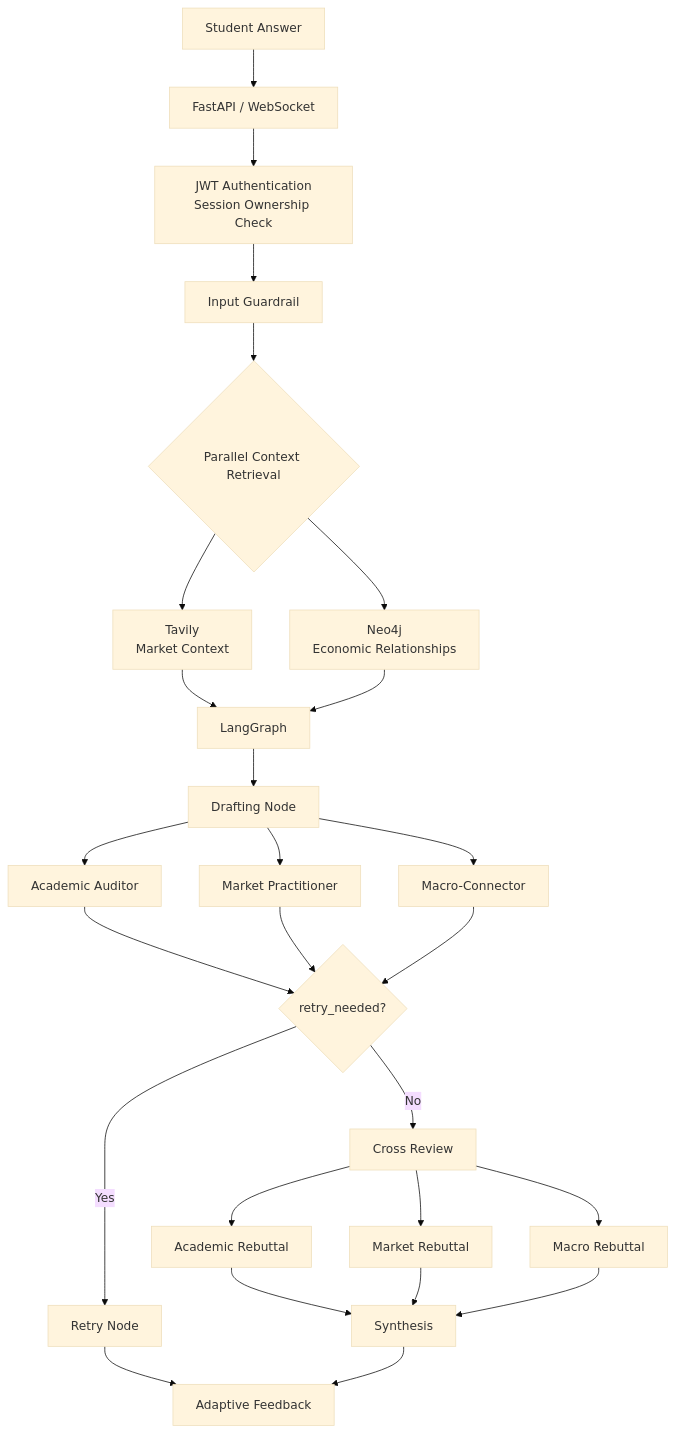
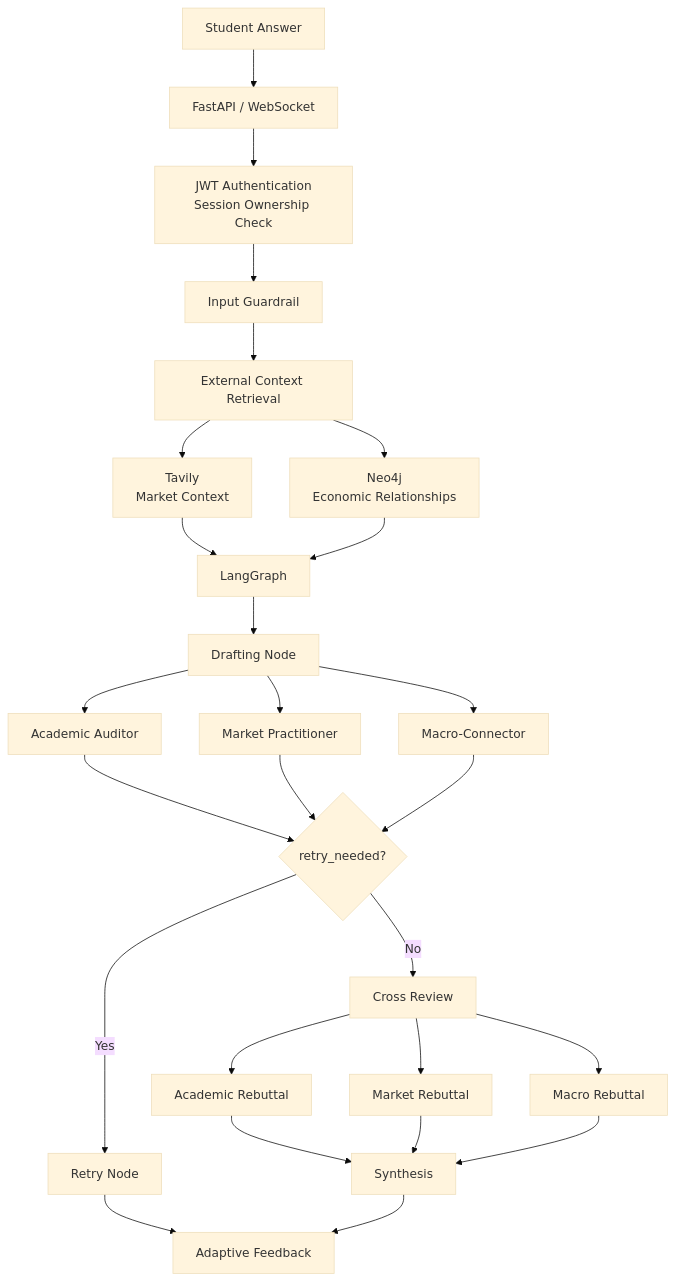
One commit to tangerineYR/antutor changed the first of 5 diagrams in README.md. Above: the diagram before and after it, drawn with Mermaid (base theme). The commit also changed other lines of this file, not shown here.

````diff
--- a/README.md
+++ b/README.md
@@ -104,40 +104,40 @@
 ```mermaid
 flowchart TD
     U[Student Answer] --> API[FastAPI / WebSocket]
 
     API --> AUTH[JWT Authentication<br/>Session Ownership Check]
     AUTH --> GUARD[Input Guardrail]
 
-    GUARD --> RAG{Parallel Context Retrieval}
+    GUARD --> RAG[External Context Retrieval]
 
     RAG --> TAVILY[Tavily<br/>Market Context]
     RAG --> NEO4J[Neo4j<br/>Economic Relationships]
 
     TAVILY --> GRAPH[LangGraph]
     NEO4J --> GRAPH
 
     GRAPH --> DRAFT[Drafting Node]
 
     DRAFT --> A[Academic Auditor]
     DRAFT --> M[Market Practitioner]
     DRAFT --> C[Macro-Connector]
 
     A --> ROUTER{retry_needed?}
     M --> ROUTER
     C --> ROUTER
 
     ROUTER -->|Yes| RETRY[Retry Node]
     RETRY --> RESULT[Adaptive Feedback]
 
     ROUTER -->|No| CROSS[Cross Review]
 
     CROSS --> RA[Academic Rebuttal]
     CROSS --> RM[Market Rebuttal]
     CROSS --> RC[Macro Rebuttal]
 
     RA --> SYN[Synthesis]
     RM --> SYN
     RC --> SYN
 
     SYN --> RESULT
 ```
````
